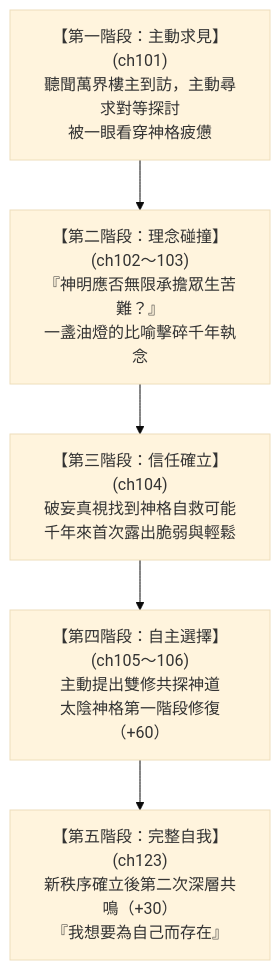
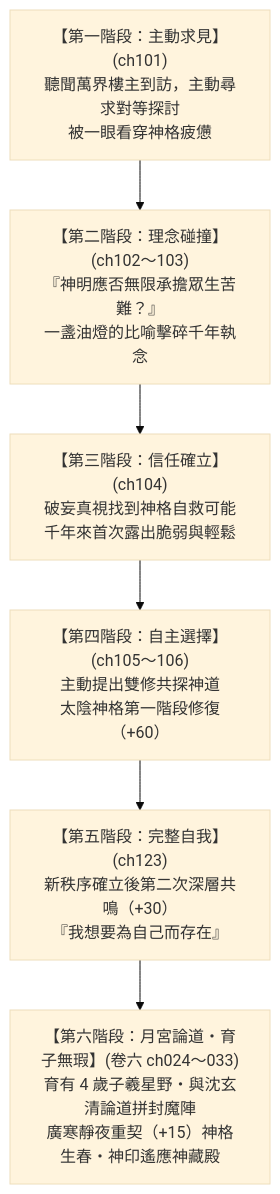
One commit to wade-fs/novel changed the diagram in sex/docs/characters/xi_huang.md. Above: the diagram before and after it, drawn with Mermaid (base theme). The commit also changed other lines of this file and 81 other files, not shown here.

````diff
--- a/sex/docs/characters/xi_huang.md
+++ b/sex/docs/characters/xi_huang.md
@@ -48,10 +48,11 @@
 ```mermaid
 flowchart TD
     Phase1["【第一階段：主動求見】(ch101)<br>聽聞萬界樓主到訪，主動尋求對等探討<br>被一眼看穿神格疲憊"]
     Phase2["【第二階段：理念碰撞】(ch102～103)<br>『神明應否無限承擔眾生苦難？』<br>一盞油燈的比喻擊碎千年執念"]
     Phase3["【第三階段：信任確立】(ch104)<br>破妄真視找到神格自救可能<br>千年來首次露出脆弱與輕鬆"]
     Phase4["【第四階段：自主選擇】(ch105～106)<br>主動提出雙修共探神道<br>太陰神格第一階段修復（+60）"]
     Phase5["【第五階段：完整自我】(ch123)<br>新秩序確立後第二次深層共鳴（+30）<br>『我想要為自己而存在』"]
+    Phase6["【第六階段：月宮論道・育子無瑕】(卷六 ch024～033)<br>育有 4 歲子羲星野・與沈玄清論道拼封魔陣<br>廣寒靜夜重契（+15）神格生春・神印遙應神藏殿"]
 
-    Phase1 --> Phase2 --> Phase3 --> Phase4 --> Phase5
+    Phase1 --> Phase2 --> Phase3 --> Phase4 --> Phase5 --> Phase6
 ```
````
